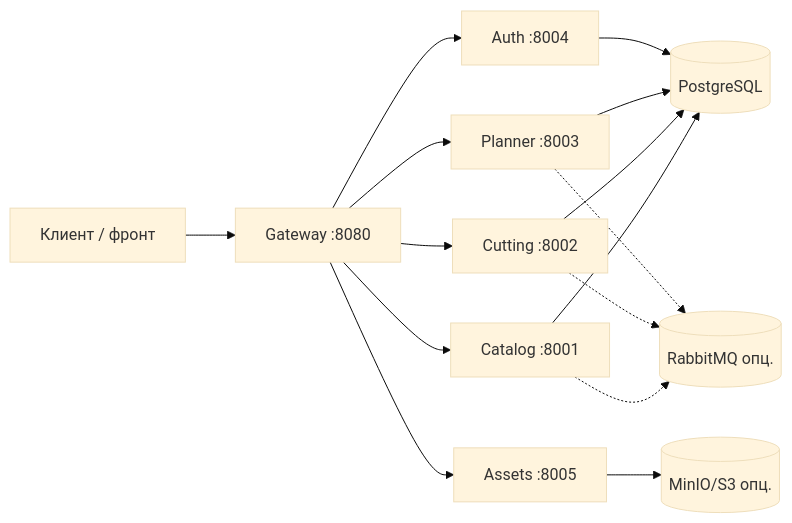
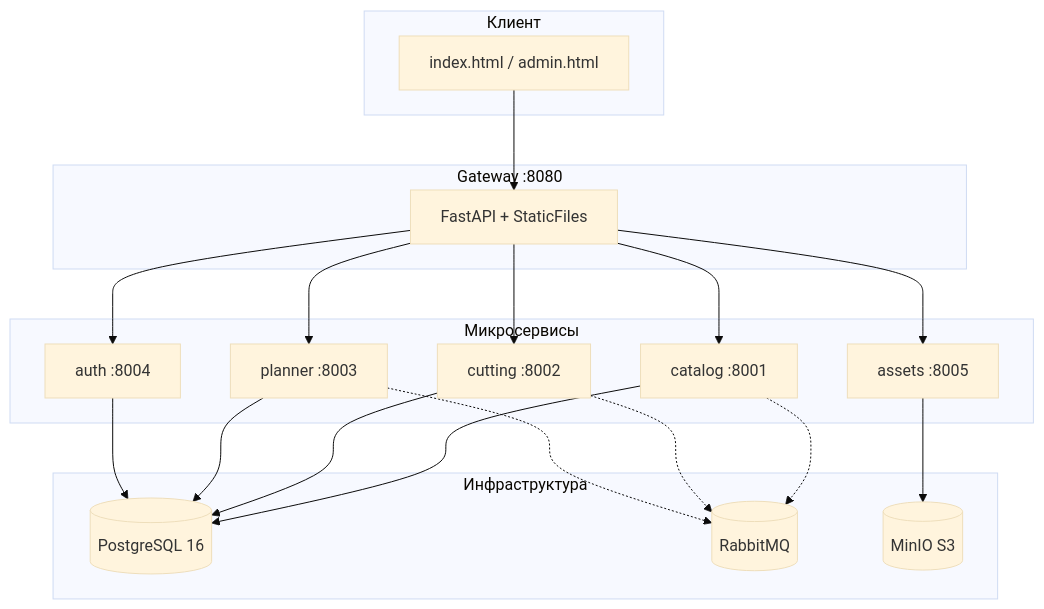
Before and after one commit to MCtext043/Furniture_microservices: the diagram in README.md, drawn with Mermaid (base theme). The commit also changed other lines of this file and 13 other files, not shown here.

````diff
--- a/README.md
+++ b/README.md
@@ -96,28 +123,30 @@
 ```mermaid
-flowchart LR
-  Client[Клиент / фронт]
-  GW[Gateway :8080]
-  Cat[Catalog :8001]
-  Cut[Cutting :8002]
-  Pln[Planner :8003]
-  Auth[Auth :8004]
-  Ast[Assets :8005]
-  PG[(PostgreSQL)]
-  RMQ[(RabbitMQ опц.)]
-  S3[(MinIO/S3 опц.)]
+flowchart TB
+  subgraph client [Клиент]
+    UI[index.html / admin.html]
+  end
 
-  Client --> GW
-  GW --> Cat
-  GW --> Cut
-  GW --> Pln
-  GW --> Auth
-  GW --> Ast
-  Cat --> PG
-  Cut --> PG
-  Pln --> PG
-  Auth --> PG
-  Cat -.-> RMQ
-  Cut -.-> RMQ
-  Pln -.-> RMQ
-  Ast --> S3
+  subgraph gateway [Gateway :8080]
+    GW[FastAPI + StaticFiles]
+  end
+
+  subgraph services [Микросервисы]
+    CAT[catalog :8001]
+    CUT[cutting :8002]
+    PLN[planner :8003]
+    AUTH[auth :8004]
+    AST[assets :8005]
+  end
+
+  subgraph infra [Инфраструктура]
+    PG[(PostgreSQL 16)]
+    RMQ[(RabbitMQ)]
+    S3[(MinIO S3)]
+  end
+
+  UI --> GW
+  GW --> CAT & CUT & PLN & AUTH & AST
+  CAT & CUT & PLN & AUTH --> PG
+  CAT & CUT & PLN -.-> RMQ
+  AST --> S3
 ```
````
